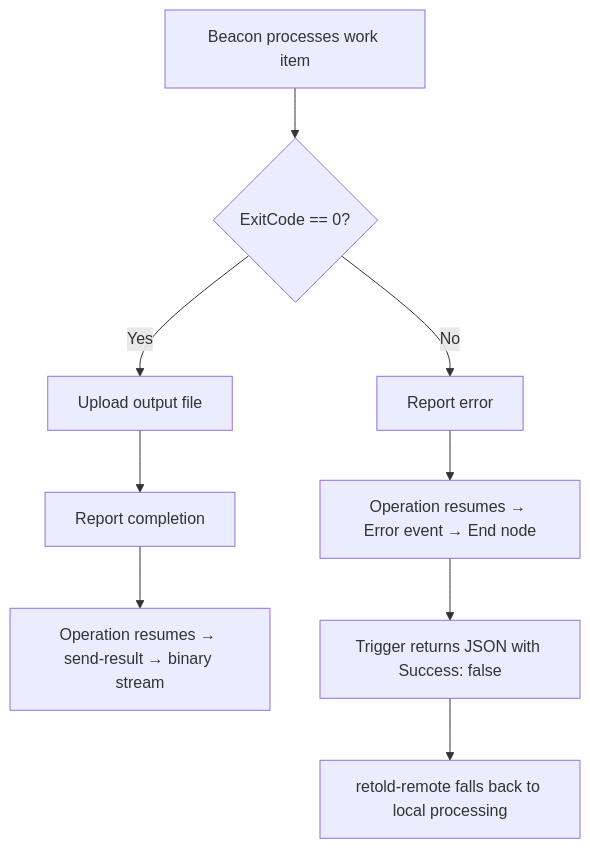
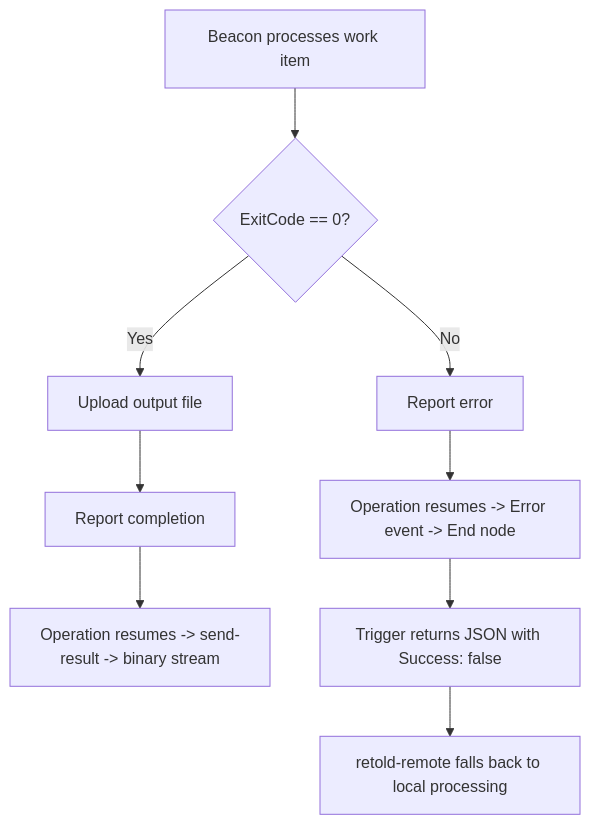
One commit to stevenvelozo/ultravisor changed the fifth of 5 diagrams in docs/features/case-study-retold-remote.md. Above: the diagram before and after it, drawn with Mermaid. The commit also changed other lines of this file and 18 other files, not shown here.

````diff
--- a/docs/features/case-study-retold-remote.md
+++ b/docs/features/case-study-retold-remote.md
@@ -195,11 +195,11 @@
 ```mermaid
 flowchart TD
     A[Beacon processes work item] --> B{ExitCode == 0?}
     B -->|Yes| C[Upload output file]
     C --> D[Report completion]
-    D --> E[Operation resumes → send-result → binary stream]
+    D --> E[Operation resumes -> send-result -> binary stream]
     B -->|No| F[Report error]
-    F --> G[Operation resumes → Error event → End node]
+    F --> G[Operation resumes -> Error event -> End node]
     G --> H[Trigger returns JSON with Success: false]
     H --> I[retold-remote falls back to local processing]
 ```
````
